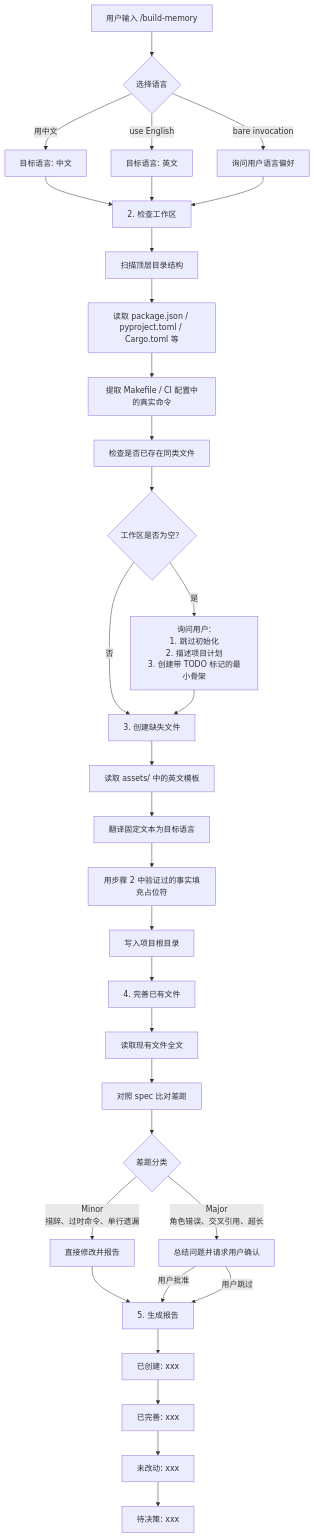
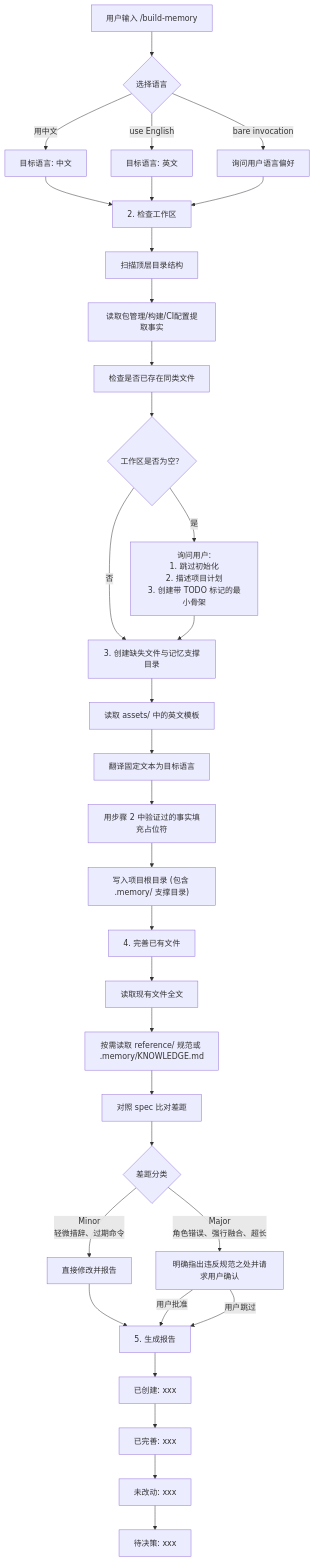
The first of 3 diagrams in README-zh.md (max-doo/build-memory), drawn with Mermaid before and after one commit. The commit also changed other lines of this file and 16 other files, not shown here.

````diff
--- a/README-zh.md
+++ b/README-zh.md
@@ -117,44 +117,44 @@
 ```mermaid
 flowchart TD
     A["用户输入 /build-memory"] --> B{"选择语言"}
     B --> |"用中文"| C["目标语言: 中文"]
     B --> |"use English"| D["目标语言: 英文"]
     B --> |"bare invocation"| E["询问用户语言偏好"]
 
     C --> F["2. 检查工作区"]
     D --> F
     E --> F
 
     F --> F1["扫描顶层目录结构"]
-    F1 --> F2["读取 package.json / pyproject.toml / Cargo.toml 等"]
-    F2 --> F3["提取 Makefile / CI 配置中的真实命令"]
-    F3 --> F4["检查是否已存在同类文件"]
+    F1 --> F2["读取包管理/构建/CI配置提取事实"]
+    F2 --> F3["检查是否已存在同类文件"]
 
-    F4 --> G{"工作区是否为空？"}
+    F3 --> G{"工作区是否为空？"}
     G --> |"是"| H["询问用户:<br/>1. 跳过初始化<br/>2. 描述项目计划<br/>3. 创建带 TODO 标记的最小骨架"]
-    G --> |"否"| I["3. 创建缺失文件"]
+    G --> |"否"| I["3. 创建缺失文件与记忆支撑目录"]
 
     H --> I
 
     I --> I1["读取 assets/ 中的英文模板"]
     I1 --> I2["翻译固定文本为目标语言"]
     I2 --> I3["用步骤 2 中验证过的事实填充占位符"]
-    I3 --> I4["写入项目根目录"]
+    I3 --> I4["写入项目根目录 (包含 .memory/ 支撑目录)"]
 
     I4 --> J["4. 完善已有文件"]
     J --> J1["读取现有文件全文"]
-    J1 --> J2["对照 spec 比对差距"]
-    J2 --> J3{"差距分类"}
+    J1 --> J2["按需读取 reference/ 规范或 .memory/KNOWLEDGE.md"]
+    J2 --> J3["对照 spec 比对差距"]
+    J3 --> J4{"差距分类"}
 
-    J3 --> |"Minor<br/>措辞、过时命令、单行遗漏"| K["直接修改并报告"]
-    J3 --> |"Major<br/>角色错误、交叉引用、超长"| L["总结问题并请求用户确认"]
+    J4 --> |"Minor<br/>轻微措辞、过期命令"| K["直接修改并报告"]
+    J4 --> |"Major<br/>角色错误、强行融合、超长"| L["明确指出违反规范之处并请求用户确认"]
 
     K --> M["5. 生成报告"]
     L --> |"用户批准"| M
     L --> |"用户跳过"| M
 
     M --> M1["已创建: xxx"]
     M1 --> M2["已完善: xxx"]
     M2 --> M3["未改动: xxx"]
     M3 --> M4["待决策: xxx"]
 ```
````
